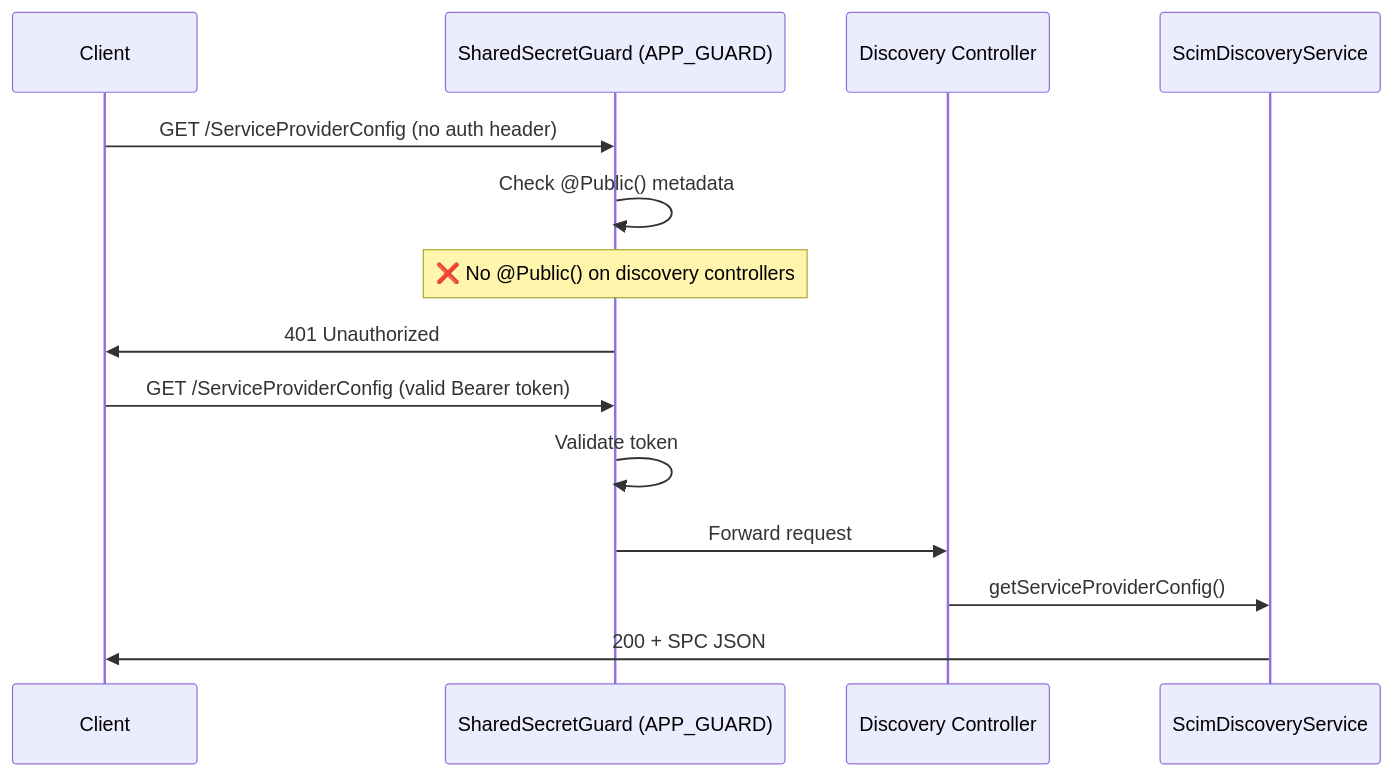
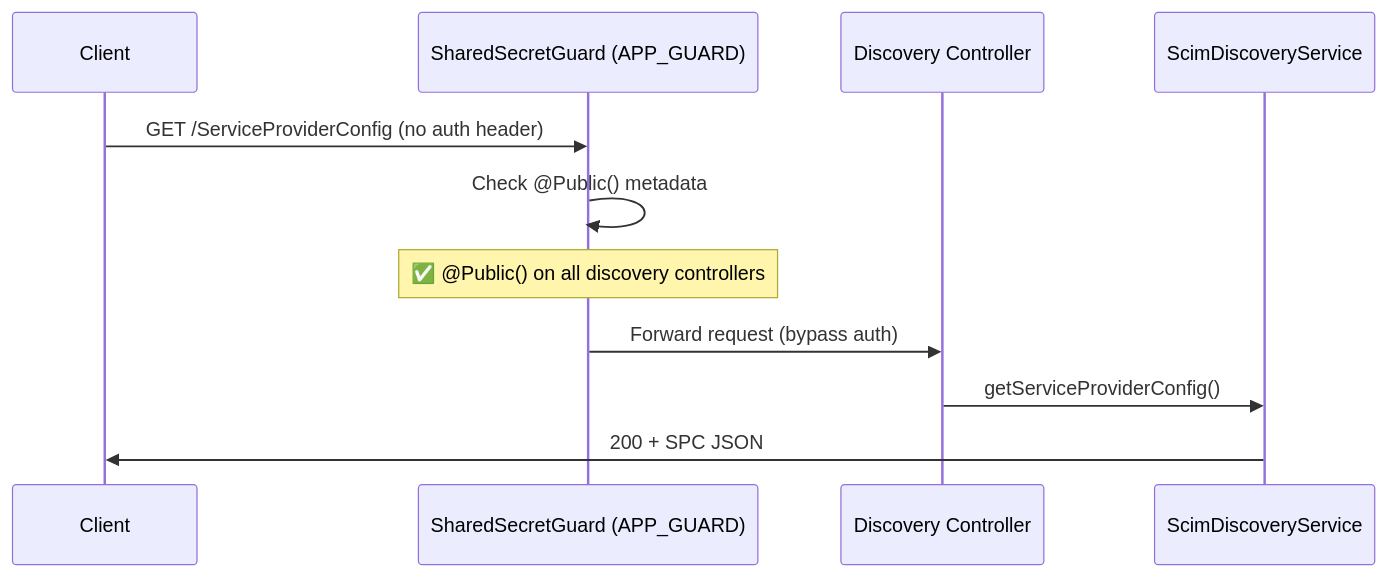
Before and after one commit to pranems/SCIMServer: the third of 4 diagrams in docs/DISCOVERY_ENDPOINTS_RFC_AUDIT.md, drawn with Mermaid. The commit also changed other lines of this file and 55 other files, not shown here.

````diff
--- a/docs/DISCOVERY_ENDPOINTS_RFC_AUDIT.md
+++ b/docs/DISCOVERY_ENDPOINTS_RFC_AUDIT.md
@@ -204,18 +248,14 @@
 ```mermaid
 sequenceDiagram
     participant C as Client
     participant G as SharedSecretGuard (APP_GUARD)
     participant D as Discovery Controller
     participant S as ScimDiscoveryService
 
     C->>G: GET /ServiceProviderConfig (no auth header)
     G->>G: Check @Public() metadata
-    Note over G: ❌ No @Public() on discovery controllers
-    G->>C: 401 Unauthorized
-
-    C->>G: GET /ServiceProviderConfig (valid Bearer token)
-    G->>G: Validate token
-    G->>D: Forward request
+    Note over G: ✅ @Public() on all discovery controllers
+    G->>D: Forward request (bypass auth)
     D->>S: getServiceProviderConfig()
     S->>C: 200 + SPC JSON
 ```
````
